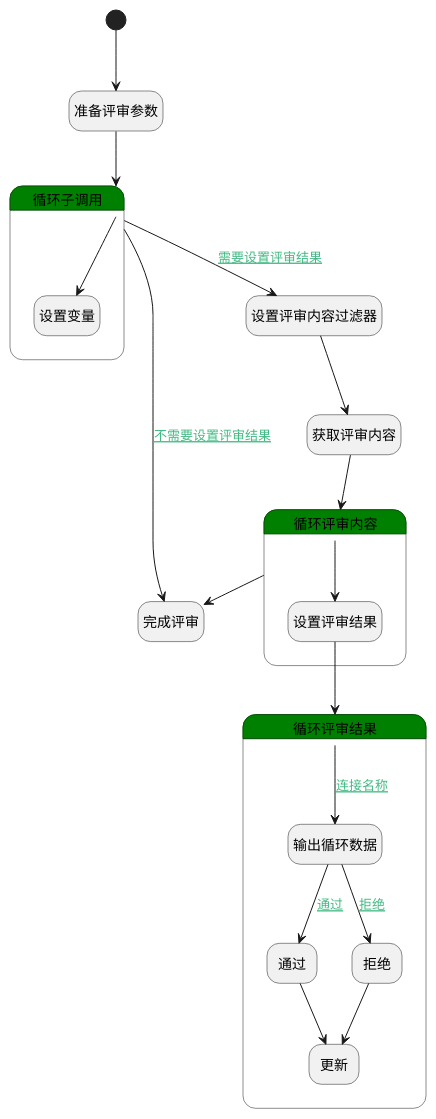
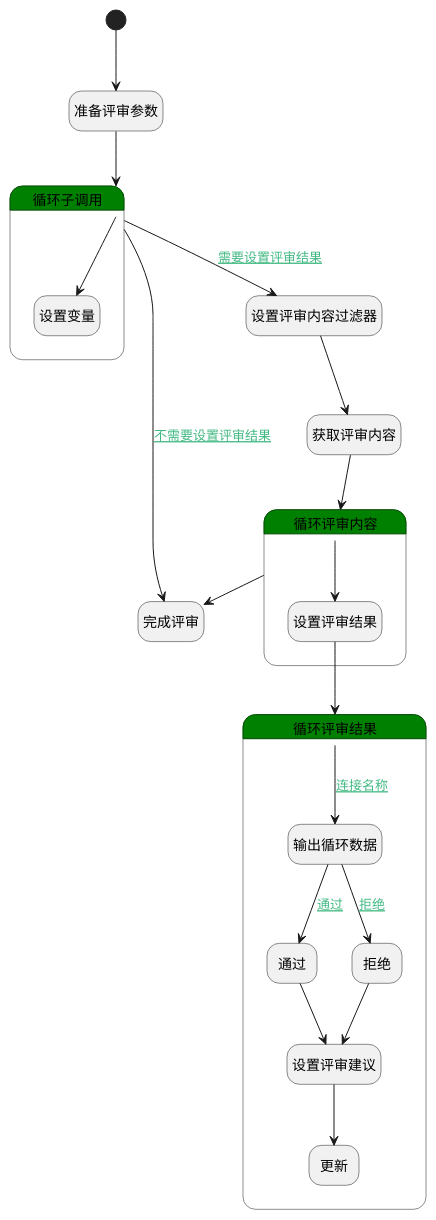
Before and after one commit to iBizLab/plm: the diagram in doc/docsify/module/TestMgmt/review/logic/completed_review.md, drawn with PlantUML. The commit also changed other lines of this file and 799 other files, not shown here.

````diff
--- a/doc/docsify/module/TestMgmt/review/logic/completed_review.md
+++ b/doc/docsify/module/TestMgmt/review/logic/completed_review.md
@@ -7,48 +7,50 @@
 ```plantuml
 @startuml
 hide empty description
 <style>
 root {
   HyperlinkColor #42b983
 }
 </style>
 
 hide empty description
 state "开始" as Begin <<start>> [[$./completed_review#begin {"开始"}]]
 state "完成评审" as DEACTION2  [[$./completed_review#deaction2 {"完成评审"}]]
 state "设置评审内容过滤器" as PREPAREPARAM10  [[$./completed_review#prepareparam10 {"设置评审内容过滤器"}]]
 state "获取评审内容" as DEDATASET1  [[$./completed_review#dedataset1 {"获取评审内容"}]]
 state "准备评审参数" as PREPAREPARAM9  [[$./completed_review#prepareparam9 {"准备评审参数"}]]
 state "循环子调用" as LOOPSUBCALL3  [[$./completed_review#loopsubcall3 {"循环子调用"}]] #green {
 state "设置变量" as PREPAREPARAM7  [[$./completed_review#prepareparam7 {"设置变量"}]]
 }
 state "循环评审内容" as LOOPSUBCALL1  [[$./completed_review#loopsubcall1 {"循环评审内容"}]] #green {
 state "设置评审结果" as PREPAREPARAM2  [[$./completed_review#prepareparam2 {"设置评审结果"}]]
 }
 state "循环评审结果" as LOOPSUBCALL2  [[$./completed_review#loopsubcall2 {"循环评审结果"}]] #green {
 state "输出循环数据" as DEBUGPARAM1  [[$./completed_review#debugparam1 {"输出循环数据"}]]
 state "通过" as PREPAREPARAM4  [[$./completed_review#prepareparam4 {"通过"}]]
 state "拒绝" as PREPAREPARAM5  [[$./completed_review#prepareparam5 {"拒绝"}]]
+state "设置评审建议" as PREPAREPARAM8  [[$./completed_review#prepareparam8 {"设置评审建议"}]]
 state "更新" as DEACTION1  [[$./completed_review#deaction1 {"更新"}]]
 }
 
 
 Begin --> PREPAREPARAM9
 PREPAREPARAM9 --> LOOPSUBCALL3
 LOOPSUBCALL3 --> PREPAREPARAM7
 LOOPSUBCALL3 --> PREPAREPARAM10 : [[$./completed_review#loopsubcall3-prepareparam10{需要设置评审结果} 需要设置评审结果]]
 PREPAREPARAM10 --> DEDATASET1
 DEDATASET1 --> LOOPSUBCALL1
 LOOPSUBCALL1 --> PREPAREPARAM2
 PREPAREPARAM2 --> LOOPSUBCALL2
 LOOPSUBCALL2 --> DEBUGPARAM1 : [[$./completed_review#loopsubcall2-debugparam1{连接名称} 连接名称]]
 DEBUGPARAM1 --> PREPAREPARAM4 : [[$./completed_review#debugparam1-prepareparam4{通过} 通过]]
-PREPAREPARAM4 --> DEACTION1
+PREPAREPARAM4 --> PREPAREPARAM8
+PREPAREPARAM8 --> DEACTION1
 DEBUGPARAM1 --> PREPAREPARAM5 : [[$./completed_review#debugparam1-prepareparam5{拒绝} 拒绝]]
-PREPAREPARAM5 --> DEACTION1
+PREPAREPARAM5 --> PREPAREPARAM8
 LOOPSUBCALL1 --> DEACTION2
 LOOPSUBCALL3 --> DEACTION2 : [[$./completed_review#loopsubcall3-deaction2{不需要设置评审结果} 不需要设置评审结果]]
 
 
 @enduml
 ```
````
